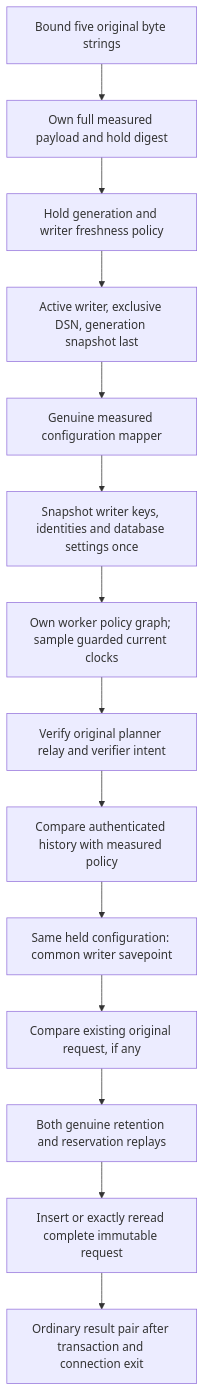
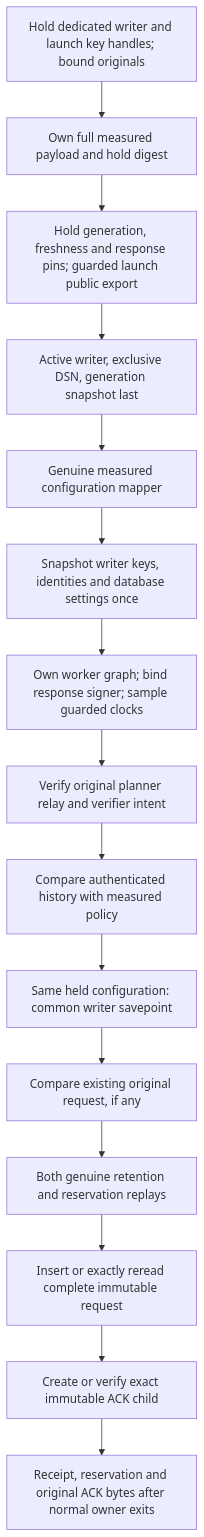
The diagram in docs/authority-revocation-writer-composition.md (AndrewMohawk/catchplate), drawn with Mermaid before and after one commit. The commit also changed other lines of this file and 37 other files, not shown here.

````diff
--- a/docs/authority-revocation-writer-composition.md
+++ b/docs/authority-revocation-writer-composition.md
@@ -20,16 +22,17 @@
 ```mermaid
 flowchart TD
-    A[Bound five original byte strings] --> B[Own full measured payload and hold digest]
-    B --> C[Hold generation and writer freshness policy]
+    A[Hold dedicated writer and launch key handles; bound originals] --> B[Own full measured payload and hold digest]
+    B --> C[Hold generation, freshness and response pins; guarded launch public export]
     C --> D[Active writer, exclusive DSN, generation snapshot last]
     D --> E[Genuine measured configuration mapper]
     E --> F[Snapshot writer keys, identities and database settings once]
-    F --> G[Own worker policy graph; sample guarded current clocks]
+    F --> G[Own worker graph; bind response signer; sample guarded clocks]
     G --> H[Verify original planner relay and verifier intent]
     H --> I[Compare authenticated history with measured policy]
     I --> J[Same held configuration: common writer savepoint]
     J --> L[Compare existing original request, if any]
     L --> M[Both genuine retention and reservation replays]
     M --> N[Insert or exactly reread complete immutable request]
-    N --> K[Ordinary result pair after transaction and connection exit]
+    N --> O[Create or verify exact immutable ACK child]
+    O --> K[Receipt, reservation and original ACK bytes after normal owner exits]
 ```
````
